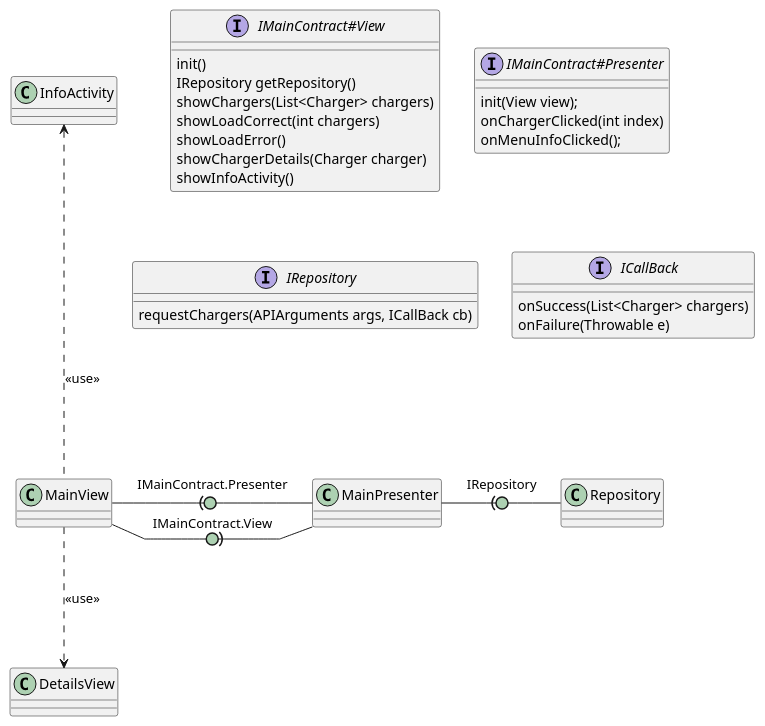
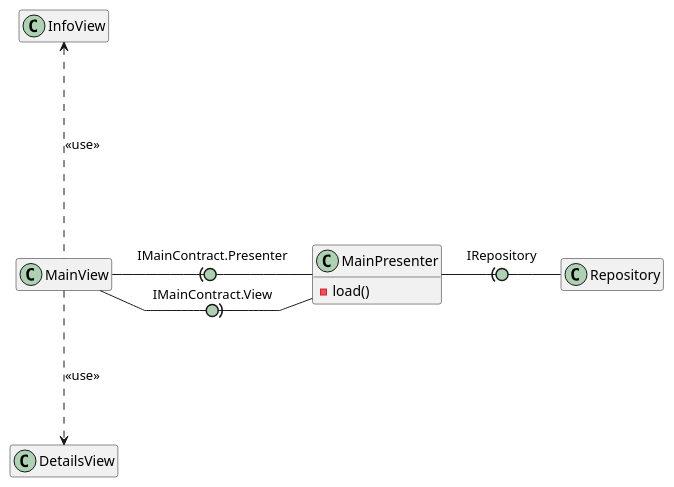
One commit to isunican/App-Gasolineras-2024 changed the diagram in Docs/Models/arquitectura.puml. Above: the diagram before and after it, drawn with PlantUML. The commit also changed 7 other files, not shown here.

Commit message:
create diagrams in plantuml

```diff
--- a/Docs/Models/arquitectura.puml
+++ b/Docs/Models/arquitectura.puml
@@ -1,44 +1,17 @@
 @startuml arquitectura
 
+hide empty members
 skinparam linetype polyline
 skinparam arrowLollipopColor #ADD1B2
 
 MainView -right(0- MainPresenter : IMainContract.Presenter
 MainView -right0)- MainPresenter : IMainContract.View
-MainView -up..-> InfoActivity : <<use>>
+MainView -up..-> InfoView : <<use>>
 MainView -down..> DetailsView : <<use>>
 MainPresenter -right(0- Repository : IRepository
 
-together {
-  interface IMainContract#View
-  interface IMainContract#Presenter
-  interface IRepository
-  interface ICallBack
-}
-
-interface IMainContract#View {
-    init()
-    IRepository getRepository()
-    showChargers(List<Charger> chargers)
-    showLoadCorrect(int chargers)
-    showLoadError()
-    showChargerDetails(Charger charger)
-    showInfoActivity()
-}
-
-interface IMainContract#Presenter {
-   init(View view);
-   onChargerClicked(int index)
-   onMenuInfoClicked();
-}
-
-interface IRepository {
-    requestChargers(APIArguments args, ICallBack cb)
-}
-
-interface ICallBack {
-    onSuccess(List<Charger> chargers)
-    onFailure(Throwable e)
+class MainPresenter {
+    -load()
 }
 
 @enduml
```
